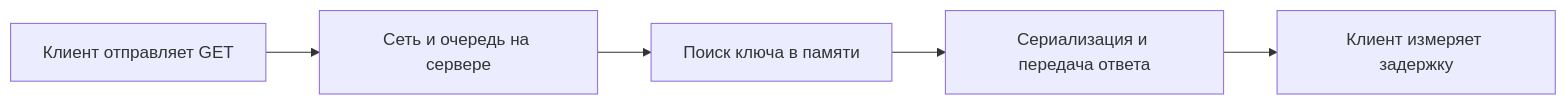
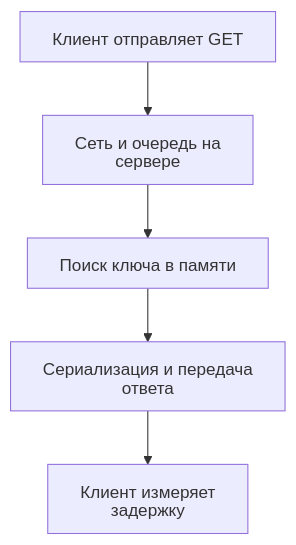
The first of 9 diagrams in 04-interview-cheatsheets/linkedin-saved-posts-qa.md (mrnamazbek/ultimate-data-engineering-interview-ru), drawn with Mermaid before and after one commit. The commit also changed other lines of this file, not shown here.

Commit message:
docs: fix clipped Mermaid labels on GitHub

````diff
--- a/04-interview-cheatsheets/linkedin-saved-posts-qa.md
+++ b/04-interview-cheatsheets/linkedin-saved-posts-qa.md
@@ -32,7 +32,11 @@
 ```mermaid
-flowchart LR
+---
+config:
+  htmlLabels: false
+---
+flowchart TD
     client["Клиент отправляет GET"] --> network["Сеть и очередь на сервере"]
     network --> command["Поиск ключа в памяти"]
     command --> reply["Сериализация и передача ответа"]
     reply --> measured["Клиент измеряет задержку"]
 ```
````
